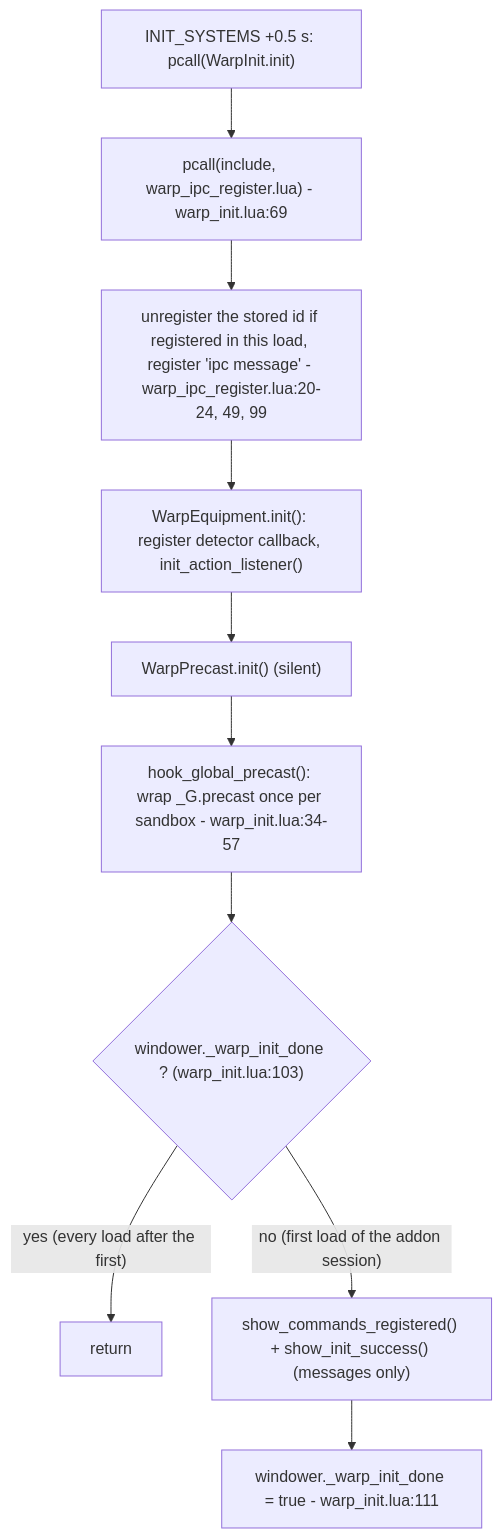
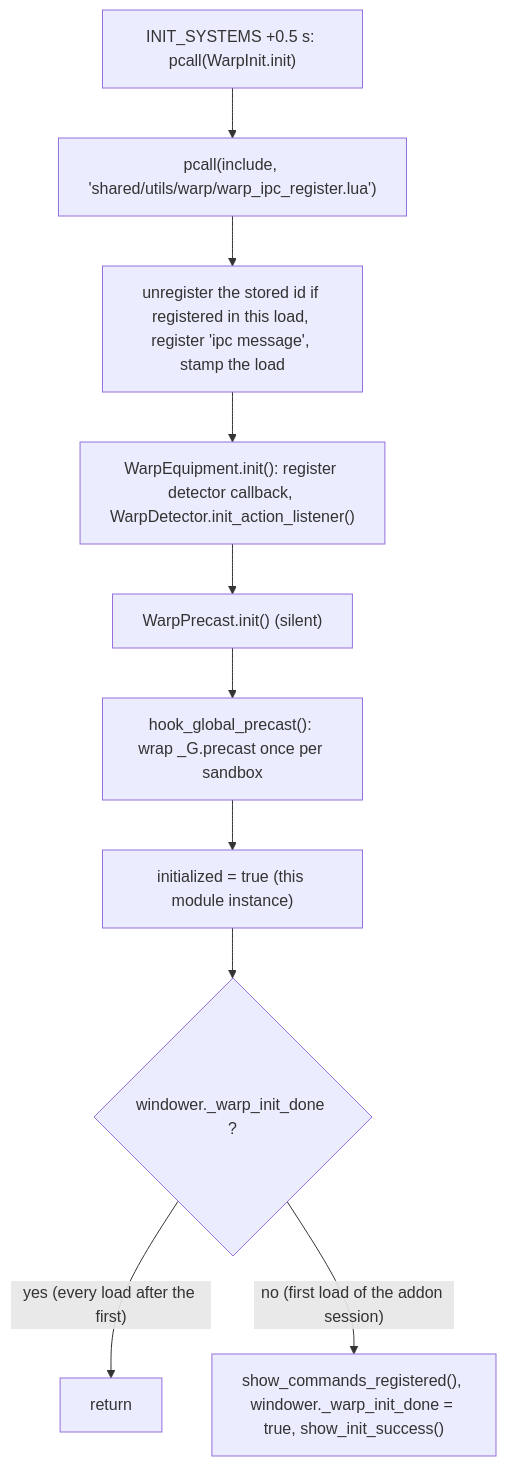
Before and after one commit to ejouanchicot/Gearswap: the first of 5 diagrams in docs/dev/systems/warp.md, drawn with Mermaid. The commit also changed other lines of this file and 14 other files, not shown here.

First line of the commit message:
docs(dev): re-verify systems and architecture pages against the code

````diff
--- a/docs/dev/systems/warp.md
+++ b/docs/dev/systems/warp.md
@@ -53,12 +54,12 @@
 ```mermaid
 flowchart TD
-    A["INIT_SYSTEMS +0.5 s: pcall(WarpInit.init)"] --> B["pcall(include, warp_ipc_register.lua) - warp_init.lua:69"]
-    B --> C["unregister the stored id if registered in this load, register 'ipc message' - warp_ipc_register.lua:20-24, 49, 99"]
-    C --> F["WarpEquipment.init(): register detector callback, init_action_listener()"]
+    A["INIT_SYSTEMS +0.5 s: pcall(WarpInit.init)"] --> B["pcall(include, 'shared/utils/warp/warp_ipc_register.lua')"]
+    B --> C["unregister the stored id if registered in this load, register 'ipc message', stamp the load"]
+    C --> F["WarpEquipment.init(): register detector callback, WarpDetector.init_action_listener()"]
     F --> G["WarpPrecast.init() (silent)"]
-    G --> H["hook_global_precast(): wrap _G.precast once per sandbox - warp_init.lua:34-57"]
-    H --> D{"windower._warp_init_done ? (warp_init.lua:103)"}
+    G --> H["hook_global_precast(): wrap _G.precast once per sandbox"]
+    H --> I["initialized = true (this module instance)"]
+    I --> D{"windower._warp_init_done ?"}
     D -- "yes (every load after the first)" --> E["return"]
-    D -- "no (first load of the addon session)" --> I["show_commands_registered() + show_init_success() (messages only)"]
-    I --> J["windower._warp_init_done = true - warp_init.lua:111"]
+    D -- "no (first load of the addon session)" --> J["show_commands_registered(), windower._warp_init_done = true, show_init_success()"]
 ```
````
